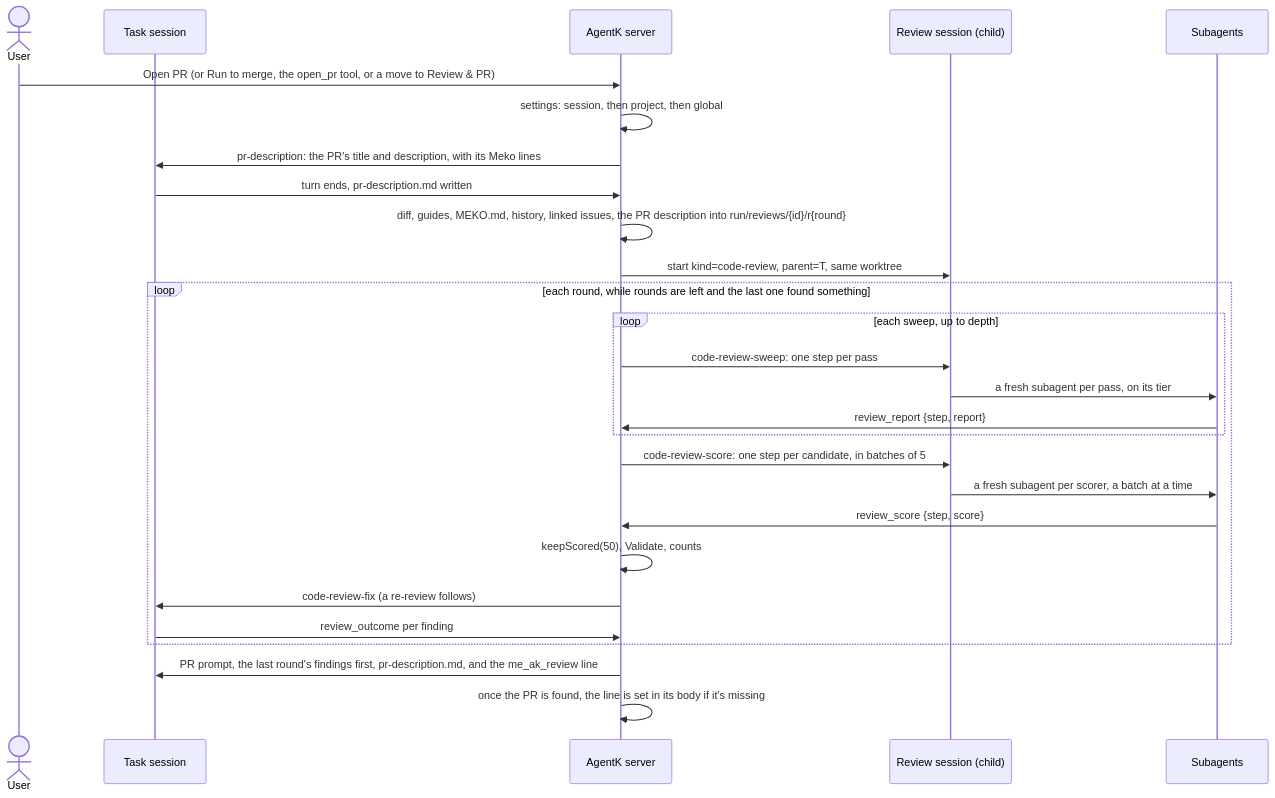
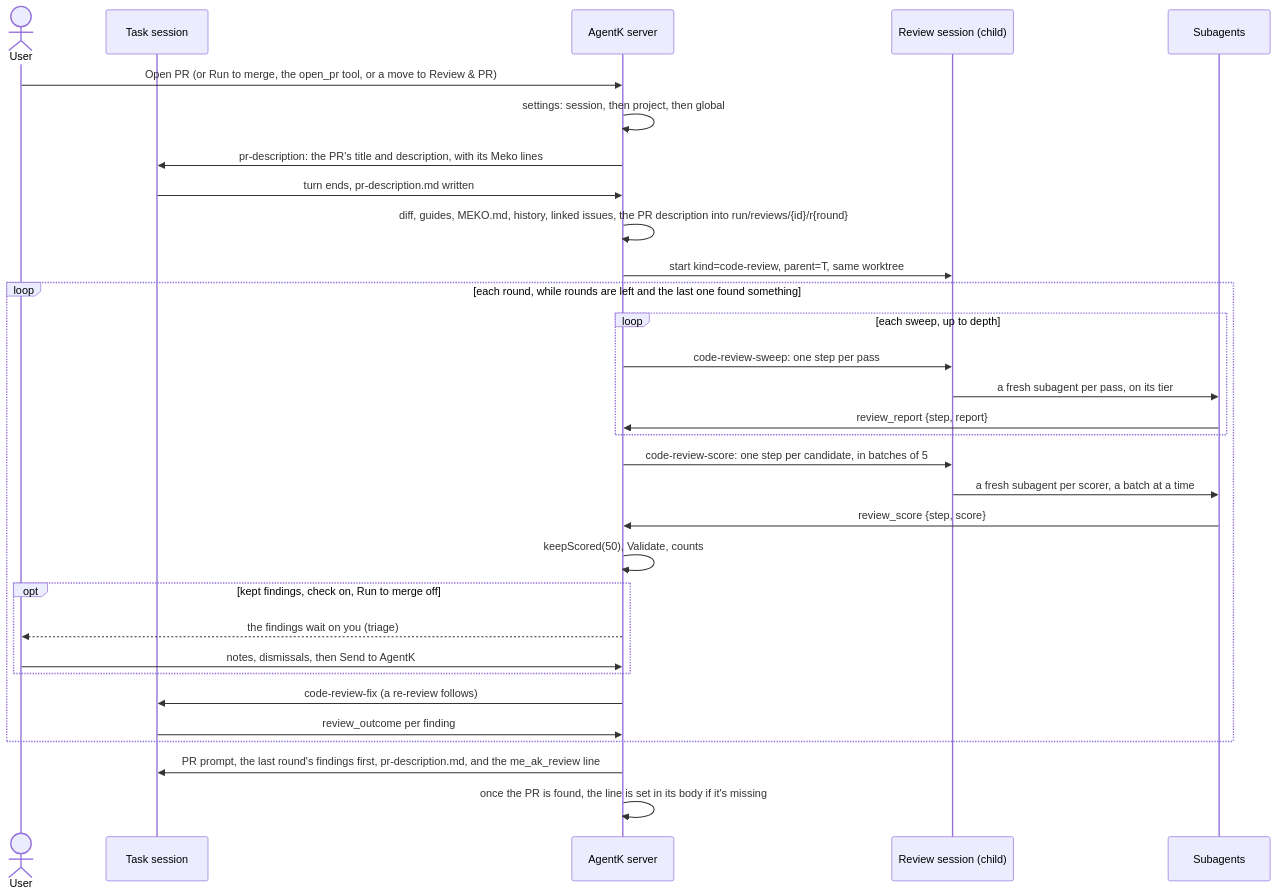
One commit to yugabyte/meko changed the diagram in extensions/agentk/docs/design/code-review.md. Above: the diagram before and after it, drawn with Mermaid. The commit also changed other lines of this file and 37 other files, not shown here.

First line of the commit message:
feat(agentk/review): let you check code review findings before the fixes

````diff
--- a/extensions/agentk/docs/design/code-review.md
+++ b/extensions/agentk/docs/design/code-review.md
@@ -52,29 +53,33 @@
 ```mermaid
 sequenceDiagram
   actor U as User
   participant T as Task session
   participant AK as AgentK server
   participant R as Review session (child)
   participant S as Subagents
   U->>AK: Open PR (or Run to merge, the open_pr tool, or a move to Review & PR)
   AK->>AK: settings: session, then project, then global
   AK->>T: pr-description: the PR's title and description, with its Meko lines
   T->>AK: turn ends, pr-description.md written
   AK->>AK: diff, guides, MEKO.md, history, linked issues, the PR description into run/reviews/{id}/r{round}
   AK->>R: start kind=code-review, parent=T, same worktree
   loop each round, while rounds are left and the last one found something
     loop each sweep, up to depth
       AK->>R: code-review-sweep: one step per pass
       R->>S: a fresh subagent per pass, on its tier
       S->>AK: review_report {step, report}
     end
     AK->>R: code-review-score: one step per candidate, in batches of 5
     R->>S: a fresh subagent per scorer, a batch at a time
     S->>AK: review_score {step, score}
     AK->>AK: keepScored(50), Validate, counts
+    opt kept findings, check on, Run to merge off
+      AK-->>U: the findings wait on you (triage)
+      U->>AK: notes, dismissals, then Send to AgentK
+    end
     AK->>T: code-review-fix (a re-review follows)
     T->>AK: review_outcome per finding
   end
   AK->>T: PR prompt, the last round's findings first, pr-description.md, and the me_ak_review line
   AK->>AK: once the PR is found, the line is set in its body if it's missing
 ```
````
